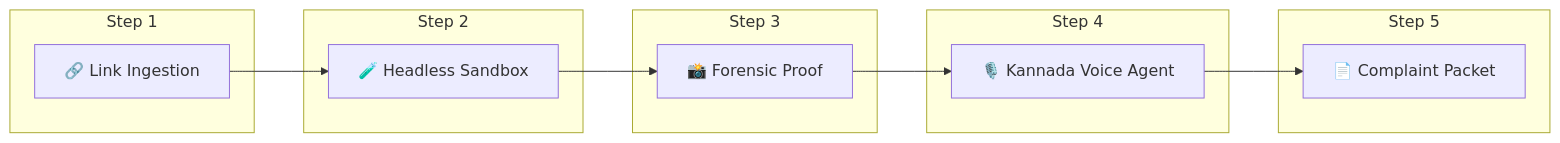
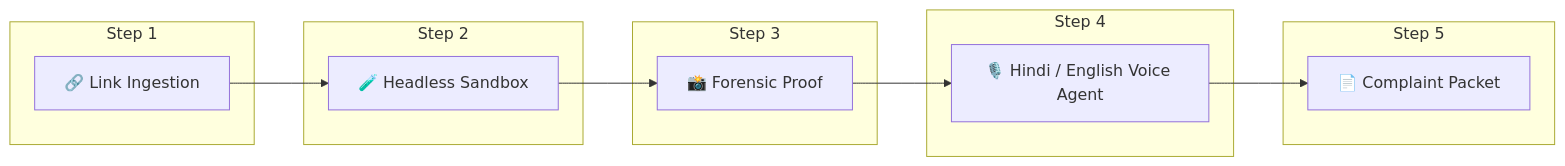
One commit to comosag56/scamtrace changed the diagram in README.md. Above: the diagram before and after it, drawn with Mermaid. The commit also changed other lines of this file and 1 other file, not shown here.

Commit message:
Update language support from Kannada to bilingual Hindi and English

````diff
--- a/README.md
+++ b/README.md
@@ -29,23 +29,23 @@
 ```mermaid
 flowchart LR
     A["🔗 Link Ingestion"] --> B["🧪 Headless Sandbox"]
     B --> C["📸 Forensic Proof"]
-    C --> D["🎙️ Kannada Voice Agent"]
+    C --> D["🎙️ Hindi / English Voice Agent"]
     D --> E["📄 Complaint Packet"]
 
     subgraph Step1 ["Step 1"]
         A
     end
     subgraph Step2 ["Step 2"]
         B
     end
     subgraph Step3 ["Step 3"]
         C
     end
     subgraph Step4 ["Step 4"]
         D
     end
     subgraph Step5 ["Step 5"]
         E
     end
 ```
````
